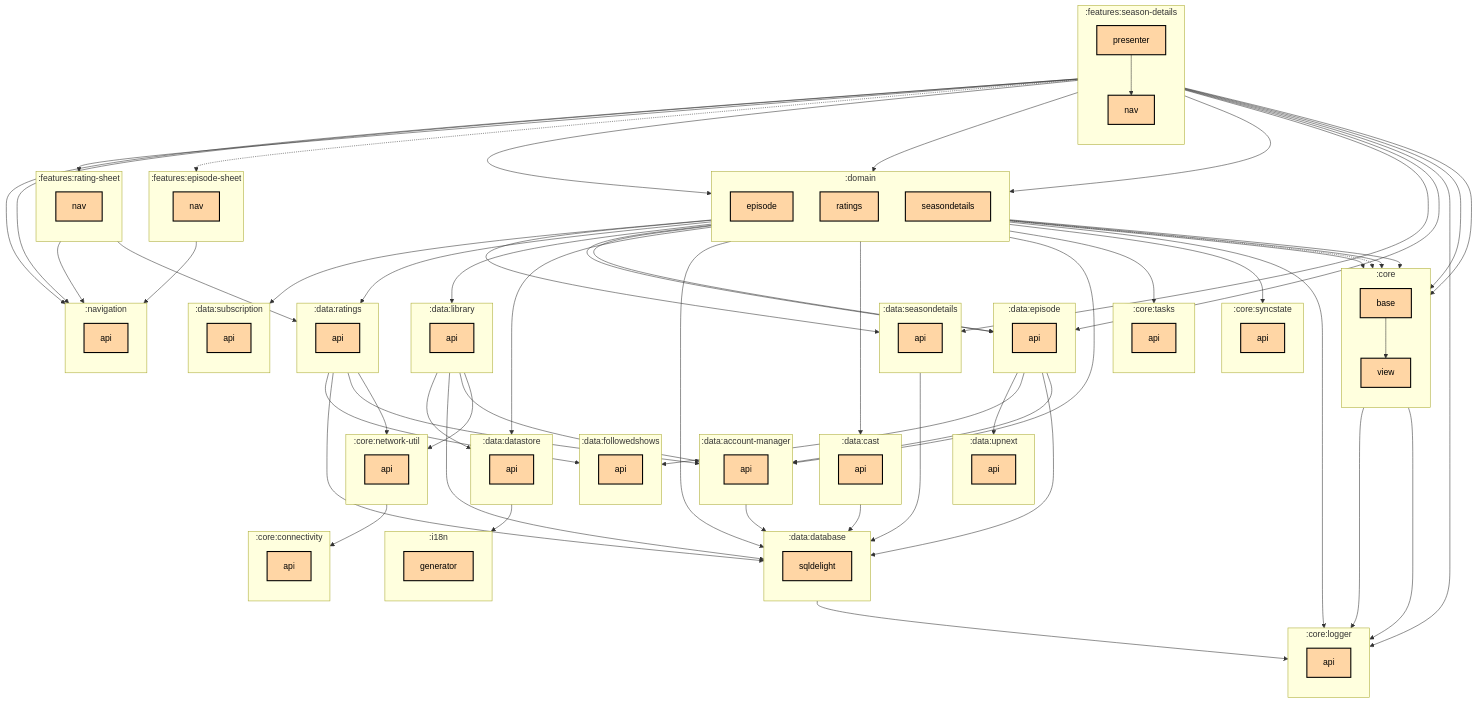
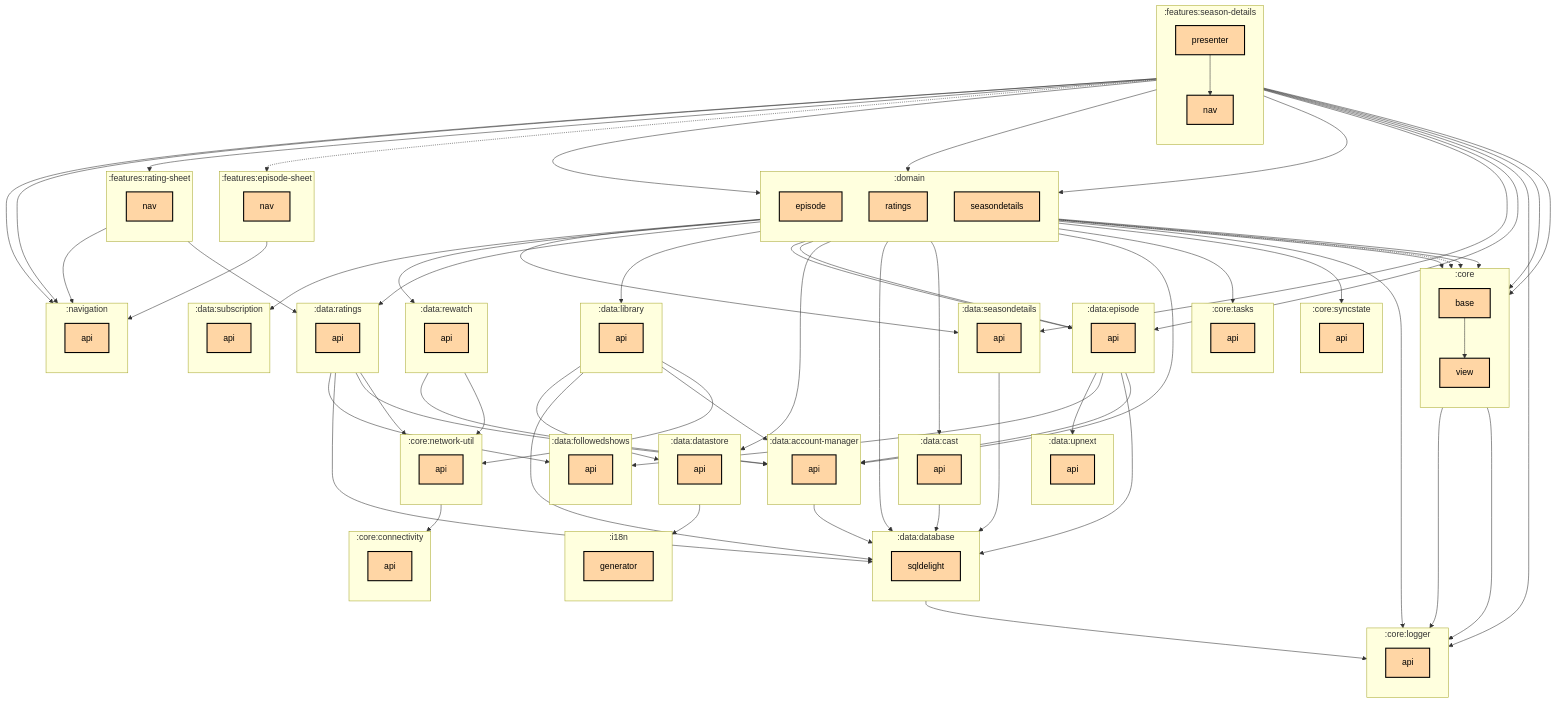
One commit to thomaskioko/tv-maniac changed the first of 2 diagrams in features/season-details/presenter/README.md. Above: the diagram before and after it, drawn with Mermaid. The commit also changed 28 other files, not shown here.

Commit message:
Regenerate the module graphs for the episode rewatch edge

```diff
--- a/features/season-details/presenter/README.md
+++ b/features/season-details/presenter/README.md
@@ -61,6 +61,10 @@
   subgraph :data:ratings
     direction TB
     :data:ratings:api[api]:::multiplatform
+  end
+  subgraph :data:rewatch
+    direction TB
+    :data:rewatch:api[api]:::multiplatform
   end
   subgraph :data:seasondetails
     direction TB
@@ -122,6 +126,8 @@
   :data:ratings:api --> :data:account-manager:api
   :data:ratings:api --> :data:database:sqldelight
   :data:ratings:api --> :data:followedshows:api
+  :data:rewatch:api --> :core:network-util:api
+  :data:rewatch:api --> :data:account-manager:api
   :data:seasondetails:api --> :data:database:sqldelight
   :domain:episode --> :core:base
   :domain:episode --> :core:logger:api
@@ -132,6 +138,7 @@
   :domain:episode --> :data:database:sqldelight
   :domain:episode --> :data:episode:api
   :domain:episode --> :data:library:api
+  :domain:episode --> :data:rewatch:api
   :domain:ratings --> :core:base
   :domain:ratings --> :data:datastore:api
   :domain:ratings --> :data:ratings:api
```
